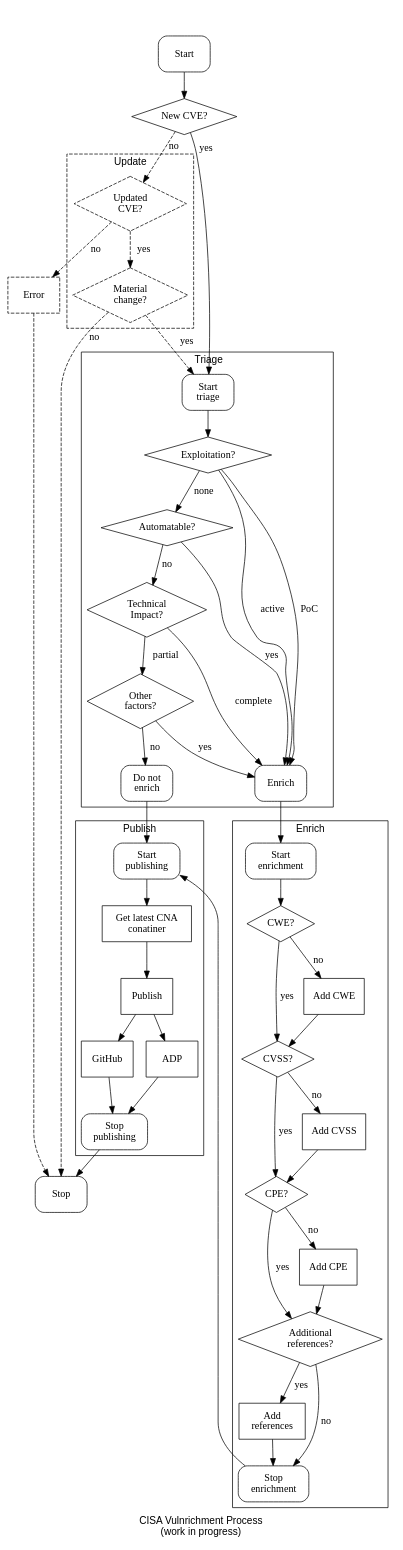
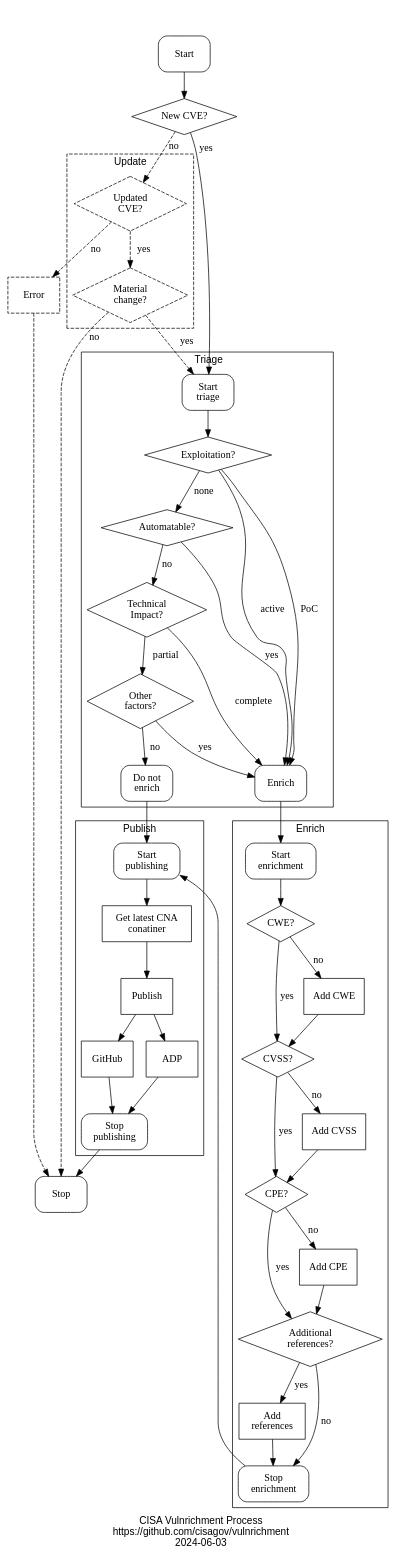
Before and after one commit to cisagov/vulnrichment: the diagram in assets/vulnrichment_big.dot, drawn with Graphviz. The commit also changed 1 other file, not shown here.

```diff
--- a/assets/vulnrichment_big.dot
+++ b/assets/vulnrichment_big.dot
@@ -1,112 +1,112 @@
 digraph vulnrichment {
 
-	label = "CISA Vulnrichment Process\n (work in progress)"
+	label = "CISA Vulnrichment Process\nhttps://github.com/cisagov/vulnrichment\n2024-06-03"
 	layout="dot"
 	fontname="helvetica"
 	ordering="out"
 	#size="6.5,9";
 	#ratio="compress"
 	#concentrate="true"
 	node [width=1 height=0.7]
 
 	"start" [label="Start" shape="box" style="rounded"]
 	"stop" [label="Stop" shape="box" style="rounded"]
 	"new" [label="New CVE?" shape="diamond"]
 	"update" [label="Updated\n CVE?" shape="diamond" style="dashed"]
 	"redo" [label="Material\n change?" shape="diamond" style="dashed"]
 	"exploitation" [label="Exploitation?" shape="diamond"]
 	"technical_impact" [label="Technical\nImpact?" shape="diamond"]
 	"automatable" [label="Automatable?" shape="diamond"]
 	"cwe" [label="CWE?" shape="diamond"]
 	"cvss" [label="CVSS?" shape="diamond"]
 	"cpe" [label="CPE?" shape="diamond"]
 	"references" [label="Additional\nreferences?" shape="diamond"]
 	"do_cwe" [label="Add CWE" shape="box"]
 	"do_cvss" [label="Add CVSS" shape="box"]
 	"do_cpe" [label="Add CPE" shape="box"]
 	"do_references" [label="Add\nreferences" shape="box"]
 	"github" [label="GitHub" shape="box"]
 	"adp" [label="ADP" shape="box"]
 	"publish" [label="Publish" shape="box"]
 	"cna" [label="Get latest CNA\nconatiner" shape="box"]
 	"other" [label="Other\nfactors?" shape="diamond"]
 	"error" [label="Error" shape="box" style="dashed"]
 
 	redo -> stop [taillabel=" no" style="dashed" labelangle="19" labeldistance="4"]
 	update -> error [label=" no" style="dashed"]
 	error -> stop [style="dashed"]
 	publish_stop -> stop
 
 	subgraph cluster_new {
 		label = "New"
 		start -> new
 		#peripheries=0
 		style=invis
 	}
 
 	# add KEV
 
 	# add noinfo
 
 	subgraph cluster_triage {
 		label = "Triage\r"
 		"triage_start" [label="Start\ntriage" shape="box" style="rounded"]
 		"triage_enrich" [label="Enrich" shape="box" style="rounded"]
 		"triage_skip" [label="Do not\nenrich" shape="box" style="rounded"]
 		new -> triage_start [weight="" taillabel="yes" labelangle="26" labeldistance="3"]
 		triage_start -> exploitation [weight="10"]
 		exploitation -> automatable [label=" none"]
 		automatable -> technical_impact [label=" no"]
 		technical_impact -> triage_enrich [label="complete"]
 		exploitation -> triage_enrich [label="active"]
 		exploitation -> triage_enrich [label=" PoC"]
 		automatable -> triage_enrich [label=" yes"]
 		technical_impact -> other [label="  partial"]
 		other -> triage_skip [label="  no"]
 		other -> triage_enrich [label="  yes"]
 	}
 
 	subgraph cluster_update {
 		graph [style="dashed"]
 		label = "Update"
 		new -> update [taillabel="no" style="dashed" weight="" labelangle="26" labeldistance="2"]
 		update -> redo [label="  yes" style="dashed"]
 		#redo -> triage_start [taillabel=" yes" style="dashed" labelangle="30" labeldistance="2"]
 		redo -> triage_start [label="   yes" style="dashed"]
 	}
 
 	subgraph cluster_publish {
 		label = "Publish"
 		"publish_start" [label="Start\npublishing" shape="box" style="rounded"]
 		"publish_stop" [label="Stop\npublishing" shape="box" style="rounded"]
 		cna -> publish
 		publish -> github
 		publish -> adp
 		triage_skip -> publish_start [weight="10"]
 		publish_start -> cna
 		github -> publish_stop
 		adp -> publish_stop
 	}
 
 	subgraph cluster_enrich {
 		label = "Enrich"
 		"enrich_start" [label="Start\nenrichment" shape="box" style="rounded"]
 		"enrich_stop" [label="Stop\nenrichment" shape="box" style="rounded"]
 		triage_enrich -> enrich_start
 		enrich_start -> cwe
 		cwe -> cvss [label=" yes"]
 		cwe -> do_cwe [label=" no"]
 		do_cwe -> cvss
 		cvss -> cpe [label=" yes"]
 		cvss -> do_cvss [label=" no"]
 		do_cvss -> cpe
 		cpe -> references [label=" yes"]
 		cpe -> do_cpe [label=" no"]
 		do_cpe -> references
 		references -> do_references [label=" yes"]
 		references -> enrich_stop [label=" no"]
 		do_references -> enrich_stop
 		enrich_stop -> publish_start
 	}
 
 }
```
